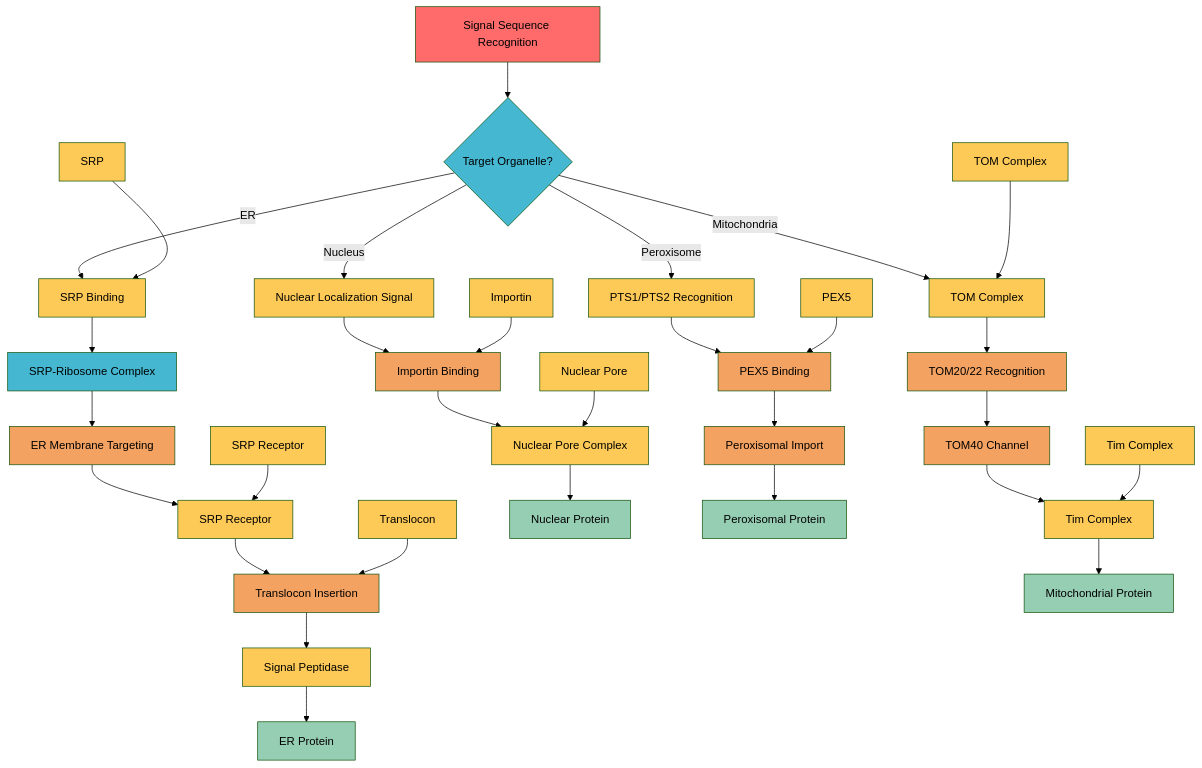
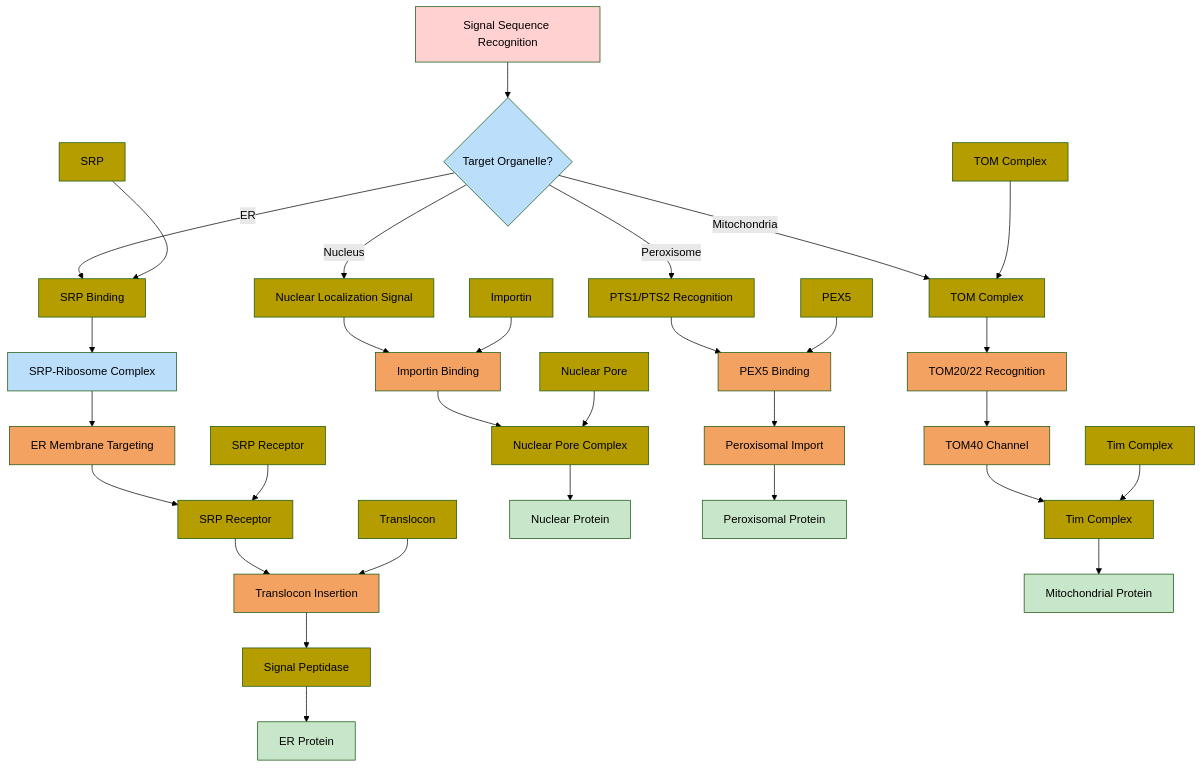
The diagram in old_junk_files/batch3_04_protein_targeting.mmd (garywelz/glmp), drawn with Mermaid (forest theme) before and after one commit. The commit also changed 251 other files, not shown here.

Commit message:
Update color scheme for biological process flowcharts

```diff
--- a/old_junk_files/batch3_04_protein_targeting.mmd
+++ b/old_junk_files/batch3_04_protein_targeting.mmd
@@ -1,68 +1,68 @@
 graph TD
     A[Signal Sequence Recognition] --> B{Target Organelle?}
     B -->|ER| C[SRP Binding]
     B -->|Mitochondria| D[TOM Complex]
     B -->|Nucleus| E[Nuclear Localization Signal]
     B -->|Peroxisome| F[PTS1/PTS2 Recognition]
     
     C --> G[SRP-Ribosome Complex]
     G --> H[ER Membrane Targeting]
     H --> I[SRP Receptor]
     I --> J[Translocon Insertion]
     J --> K[Signal Peptidase]
     K --> L[ER Protein]
     
     D --> M[TOM20/22 Recognition]
     M --> N[TOM40 Channel]
     N --> O[Tim Complex]
     O --> P[Mitochondrial Protein]
     
     E --> Q[Importin Binding]
     Q --> R[Nuclear Pore Complex]
     R --> S[Nuclear Protein]
     
     F --> T[PEX5 Binding]
     T --> U[Peroxisomal Import]
     U --> V[Peroxisomal Protein]
     
     %% Key proteins
     W[SRP] --> C
     X[SRP Receptor] --> I
     Y[Translocon] --> J
     Z[TOM Complex] --> D
     AA[Tim Complex] --> O
     BB[Importin] --> Q
     CC[Nuclear Pore] --> R
     DD[PEX5] --> T
     
     %% Styling
-    style A fill:#ff6b6b
-    style B fill:#45b7d1
-    style C fill:#feca57
-    style D fill:#feca57
-    style E fill:#feca57
-    style F fill:#feca57
-    style G fill:#45b7d1
+    style A fill:#ffd1d1
+    style B fill:#bbdefb
+    style C fill:#b59d00
+    style D fill:#b59d00
+    style E fill:#b59d00
+    style F fill:#b59d00
+    style G fill:#bbdefb
     style H fill:#f4a261
-    style I fill:#feca57
+    style I fill:#b59d00
     style J fill:#f4a261
-    style K fill:#feca57
-    style L fill:#96ceb4
+    style K fill:#b59d00
+    style L fill:#c8e6c9
     style M fill:#f4a261
     style N fill:#f4a261
-    style O fill:#feca57
-    style P fill:#96ceb4
+    style O fill:#b59d00
+    style P fill:#c8e6c9
     style Q fill:#f4a261
-    style R fill:#feca57
-    style S fill:#96ceb4
+    style R fill:#b59d00
+    style S fill:#c8e6c9
     style T fill:#f4a261
     style U fill:#f4a261
-    style V fill:#96ceb4
-    style W fill:#feca57
-    style X fill:#feca57
-    style Y fill:#feca57
-    style Z fill:#feca57
-    style AA fill:#feca57
-    style BB fill:#feca57
-    style CC fill:#feca57
-    style DD fill:#feca57
+    style V fill:#c8e6c9
+    style W fill:#b59d00
+    style X fill:#b59d00
+    style Y fill:#b59d00
+    style Z fill:#b59d00
+    style AA fill:#b59d00
+    style BB fill:#b59d00
+    style CC fill:#b59d00
+    style DD fill:#b59d00
```
